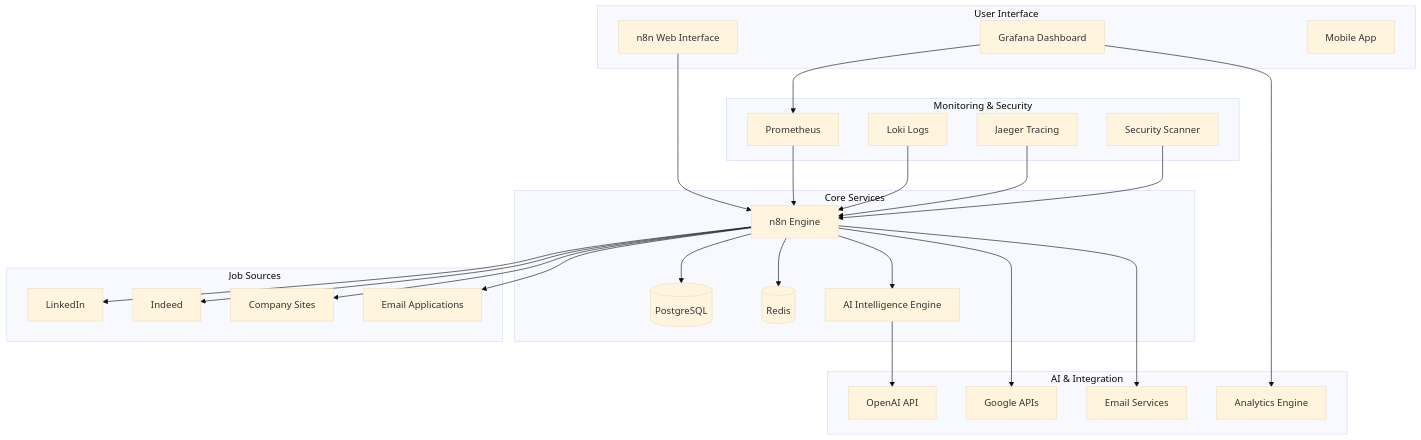
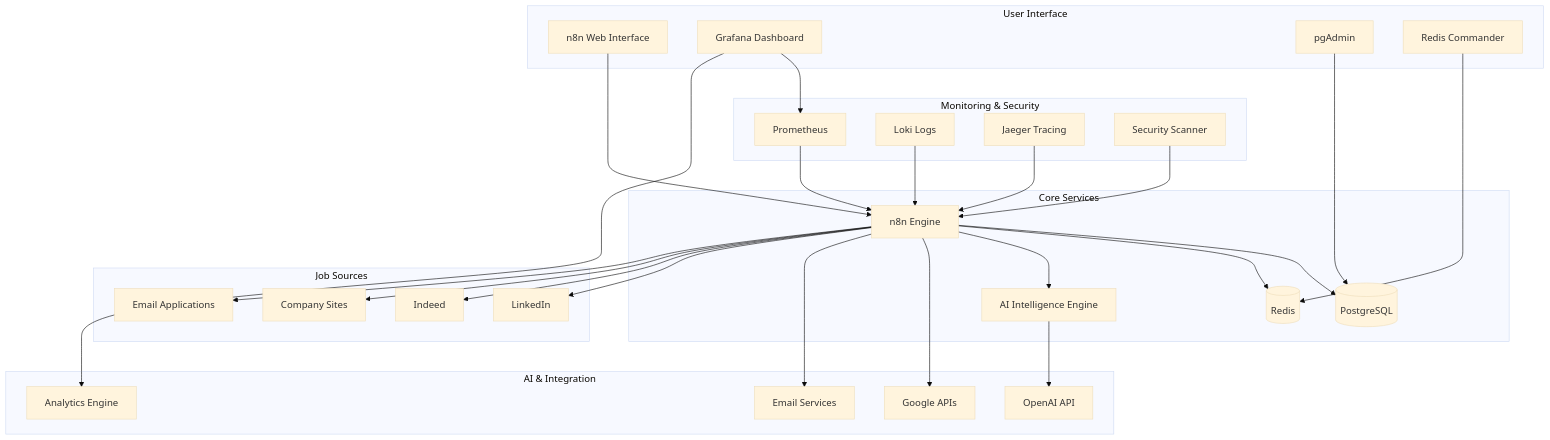
Before and after one commit to joelfuller2016/n8n-job-automation-system: the diagram in README.md, drawn with Mermaid (base theme). The commit also changed other lines of this file, not shown here.

````diff
--- a/README.md
+++ b/README.md
@@ -171,55 +171,58 @@
 ```mermaid
 graph TB
     subgraph "User Interface"
         N8N[n8n Web Interface]
         GRAF[Grafana Dashboard]
-        MOBILE[Mobile App]
+        PGADMIN[pgAdmin]
+        REDIS_CMD[Redis Commander]
     end
     
     subgraph "Core Services"
         API[n8n Engine]
         DB[(PostgreSQL)]
         CACHE[(Redis)]
         AI[AI Intelligence Engine]
     end
     
     subgraph "AI & Integration"
         OPENAI[OpenAI API]
         GOOGLE[Google APIs]
         EMAIL[Email Services]
         ANALYTICS[Analytics Engine]
     end
     
     subgraph "Job Sources"
         LINKEDIN[LinkedIn]
         INDEED[Indeed]
         COMPANY[Company Sites]
         EMAIL_JOBS[Email Applications]
     end
     
     subgraph "Monitoring & Security"
         PROM[Prometheus]
         LOKI[Loki Logs]
         JAEGER[Jaeger Tracing]
         SECURITY[Security Scanner]
     end
     
     N8N --> API
+    PGADMIN --> DB
+    REDIS_CMD --> CACHE
     API --> DB
     API --> CACHE
     API --> AI
     AI --> OPENAI
     API --> GOOGLE
     API --> EMAIL
     API --> LINKEDIN
     API --> INDEED
     API --> COMPANY
     API --> EMAIL_JOBS
     
     GRAF --> PROM
     GRAF --> ANALYTICS
     PROM --> API
     LOKI --> API
     JAEGER --> API
     SECURITY --> API
 ```
````
